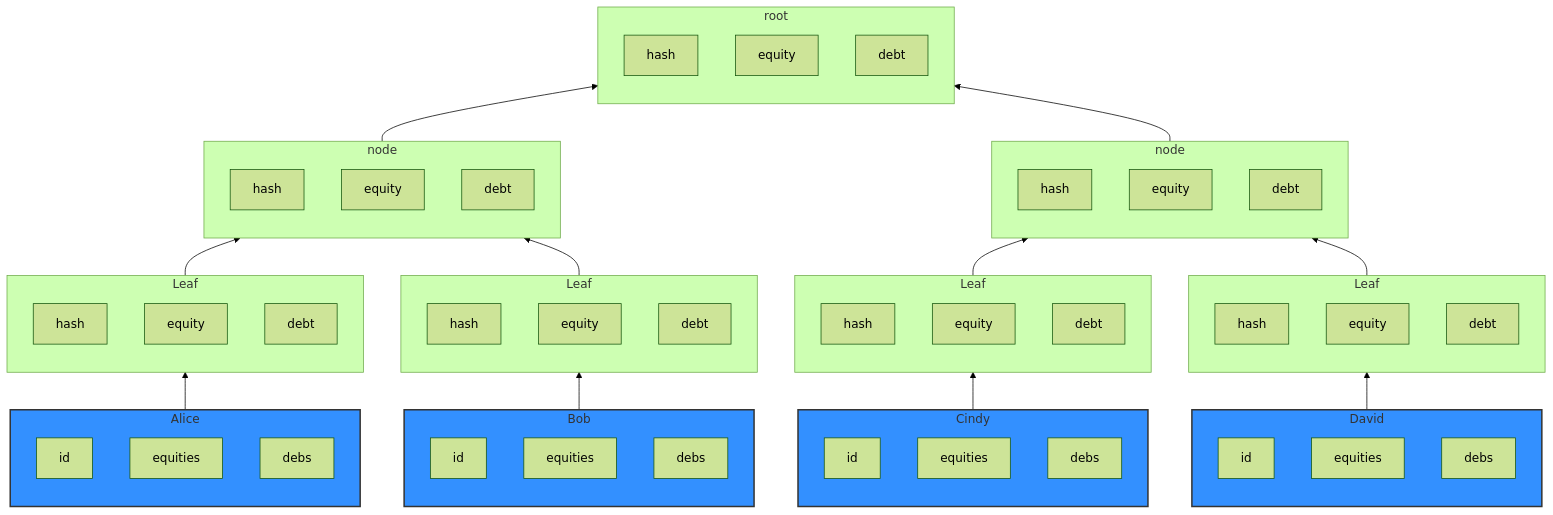
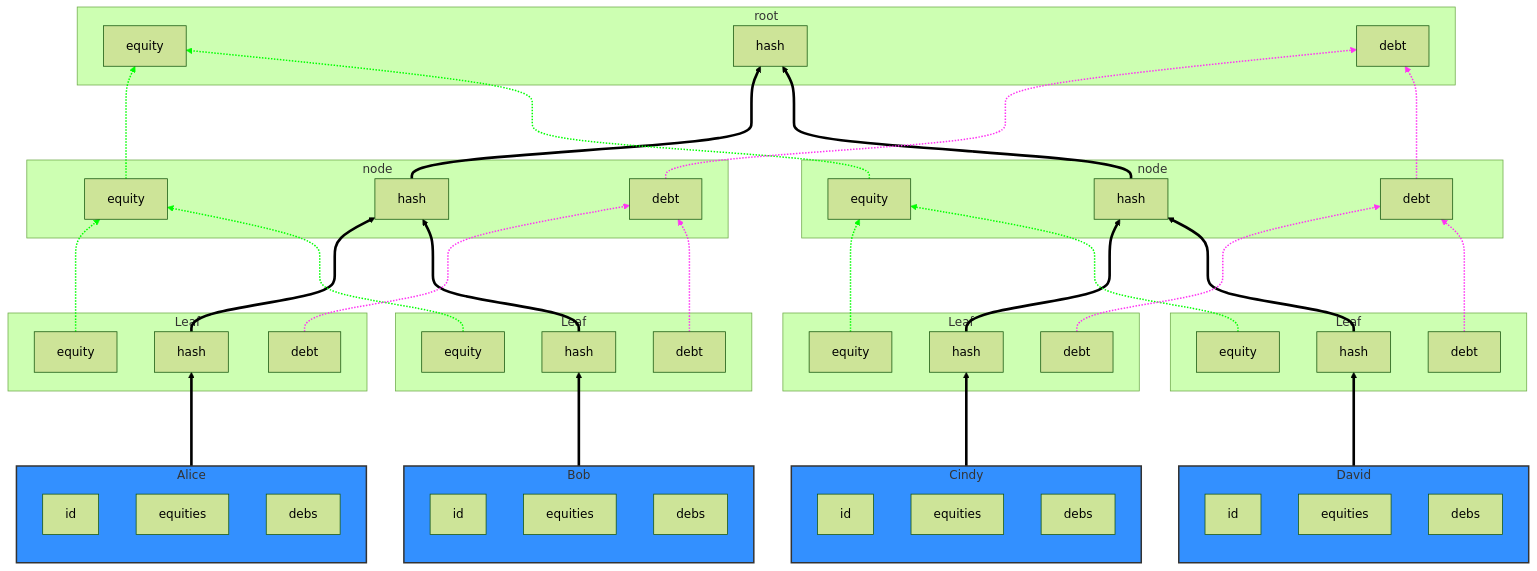
One commit to okx/proof-of-reserves-v2 changed the second of 2 diagrams in docs/technical_spec.md. Above: the diagram before and after it, drawn with Mermaid (forest theme). The commit also changed other lines of this file, not shown here.

Commit message:
add batch tree

````diff
--- a/docs/technical_spec.md
+++ b/docs/technical_spec.md
@@ -114,30 +114,33 @@
    
 
     subgraph Leaf0 ["Leaf"]
+      E0[equity]
+        H0[hash]
 
-        H0[hash]
-        E0[equity]
         D0[debt]
     end
 
     subgraph Leaf1 ["Leaf"]
         %% style Group1 fill:#f9f,stroke:#333,stroke-width:2px
-        H1[hash]
+ 
         E1[equity]
+               H1[hash]
         D1[debt]
     end
 
     subgraph Leaf2 ["Leaf"]
         %% style Group1 fill:#f9f,stroke:#333,stroke-width:2px
-        H2[hash]
+      
         E2[equity]
+          H2[hash]
         D2[debt]
     end
 
     subgraph Leaf3 ["Leaf"]
         %% style Group1 fill:#f9f,stroke:#333,stroke-width:2px
-        H3[hash]
+ 
         E3[equity]
+               H3[hash]
         D3[debt]
     end
 
@@ -150,32 +153,62 @@
 
     subgraph Node1 ["node"]
         %% style Group1 fill:#f9f,stroke:#333,stroke-width:2px
-        N1_H[hash]
+      
         N1_E[equity]
+          N1_H[hash]
         N1_D[debt]
     end
 
     subgraph Root ["root"]
         %% style Group1 fill:#f9f,stroke:#333,stroke-width:2px
+                R_E[equity]
         R_H[hash]
-        R_E[equity]
+
         R_D[debt]
     end
 
-    %% subgraph Group2 ["Group 2"]
-    %%     style Group2 fill:#ccf,stroke:#333,stroke-width:2px
-    %%     C[Component C]
-    %%     D[Component D]
-    %% end
 
-    Account0 --> Leaf0
-    Account1 --> Leaf1
-    Account2 --> Leaf2
-    Account3 --> Leaf3
-    Leaf0 --> Node0
-    Leaf1 --> Node0
-    Leaf2 --> Node1
-    Leaf3 --> Node1
-    Node0 --> Root
-    Node1 --> Root
+
+    Account0 ===> H0
+    Account1 ===> H1
+    Account2 ===> H2
+    Account3 ===> H3
+
+
+    H0 ===> N0_H
+    H1 ===> N0_H
+    H2 ===> N1_H
+    H3 ===> N1_H
+
+    E0 -.-> N0_E
+    E1 -.-> N0_E
+    E2 -.-> N1_E
+    E3 -.-> N1_E
+
+    D0 -.-> N0_D
+    D1 -.-> N0_D
+    D2 -.-> N1_D
+    D3 -.-> N1_D
+
+    N0_H ===> R_H
+    N1_H ===> R_H
+    N0_E -.-> R_E
+    N1_E -.-> R_E
+    N0_D -.-> R_D
+    N1_D -.-> R_D
+ 
+ linkStyle 8 stroke:#00ff00,stroke-width:2px;
+ linkStyle 9 stroke:#00ff00,stroke-width:2px;
+ linkStyle 10 stroke:#00ff00,stroke-width:2px;
+ linkStyle 11 stroke:#00ff00,stroke-width:2px;
+
+     linkStyle 12 stroke:#ff33f3,stroke-width:2px;
+  linkStyle 13 stroke:#ff33f3,stroke-width:2px;
+  linkStyle 14 stroke:#ff33f3,stroke-width:2px;
+  linkStyle 15 stroke:#ff33f3,stroke-width:2px;
+
+   linkStyle 18 stroke:#00ff00,stroke-width:2px;
+ linkStyle 19 stroke:#00ff00,stroke-width:2px;
+     linkStyle 20 stroke:#ff33f3,stroke-width:2px;
+  linkStyle 21 stroke:#ff33f3,stroke-width:2px;
 ```
````
